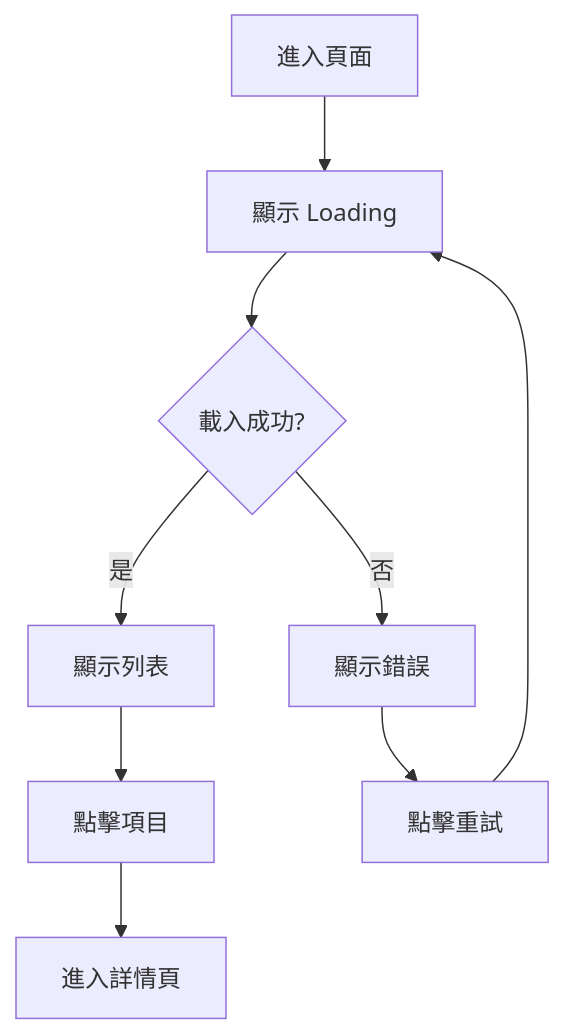
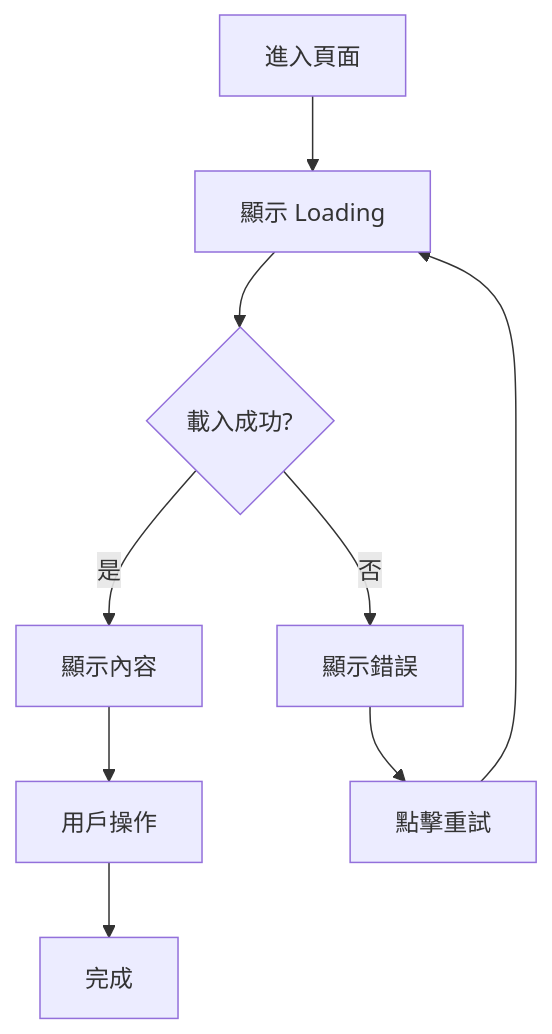
One commit to nole2466/product-spec-generator changed the diagram in templates/spec.md. Above: the diagram before and after it, drawn with Mermaid. The commit also changed other lines of this file and 13 other files, not shown here.

````diff
--- a/templates/spec.md
+++ b/templates/spec.md
@@ -180,11 +58,11 @@
 ```mermaid
 flowchart TD
     A[進入頁面] --> B[顯示 Loading]
     B --> C{載入成功?}
-    C -->|是| D[顯示列表]
+    C -->|是| D[顯示內容]
     C -->|否| E[顯示錯誤]
     E --> F[點擊重試]
     F --> B
-    D --> G[點擊項目]
-    G --> H[進入詳情頁]
+    D --> G[用戶操作]
+    G --> H[完成]
 ```
````
